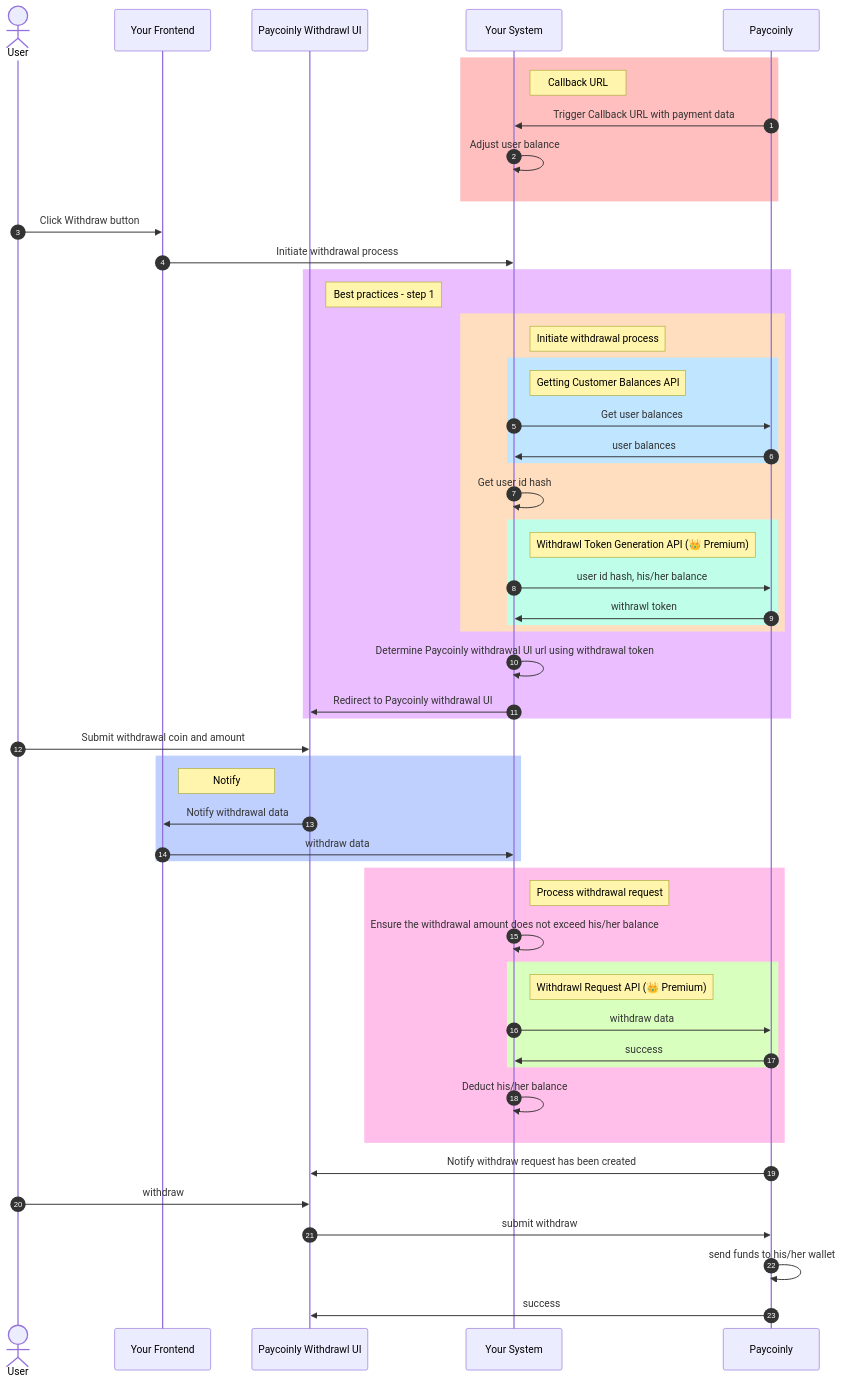
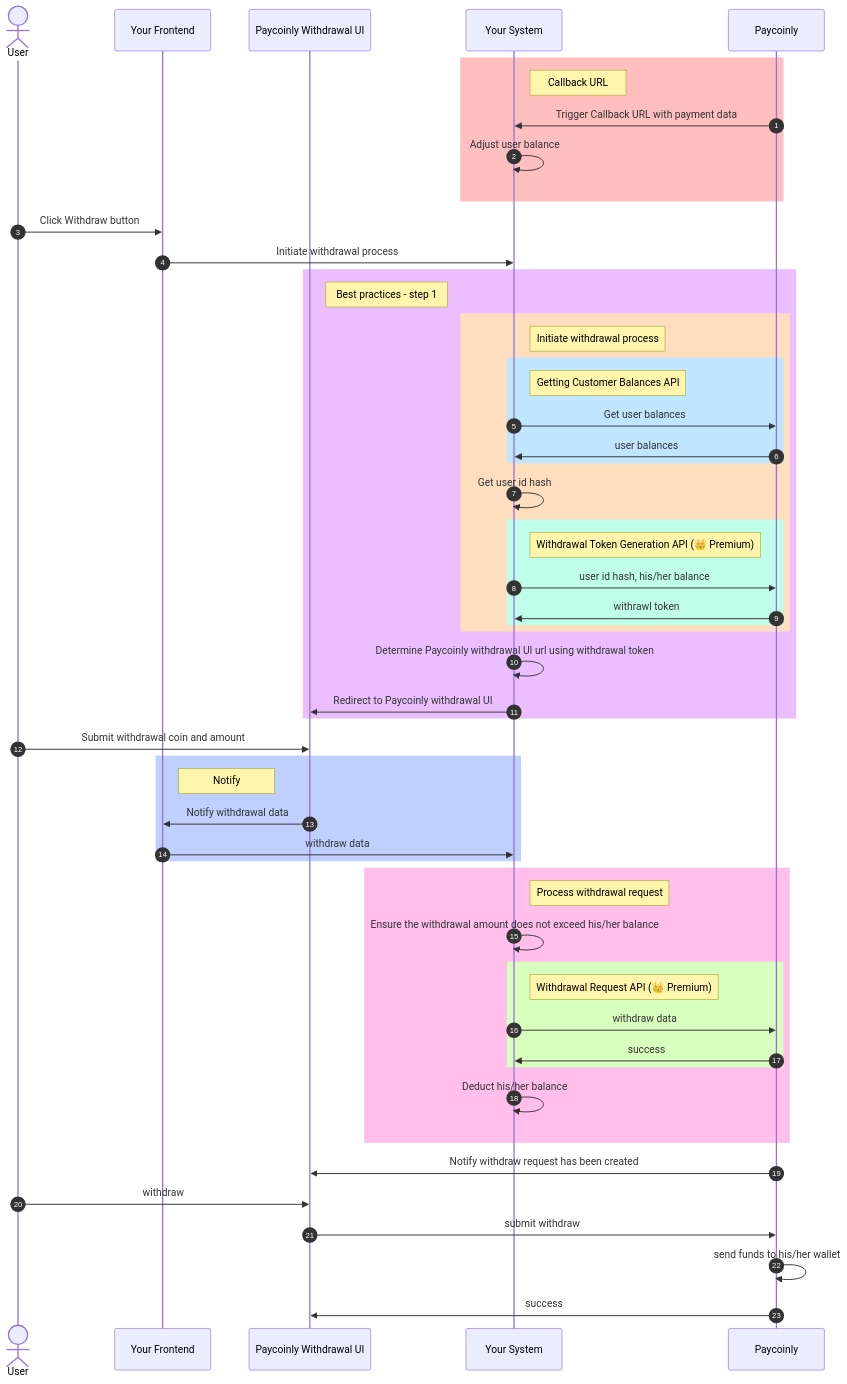
The diagram in docs/how-work/withdraw.mdx (Paycoinly-Tech/docs), drawn with Mermaid before and after one commit. The commit also changed other lines of this file and 5 other files, not shown here.

````diff
--- a/docs/how-work/withdraw.mdx
+++ b/docs/how-work/withdraw.mdx
@@ -22,74 +22,74 @@
 ```mermaid
 sequenceDiagram
   autonumber
 
   actor user as User
   participant yourFrontend as Your Frontend
-  participant paycoinlyUI as Paycoinly Withdrawl UI
+  participant paycoinlyUI as Paycoinly Withdrawal UI
   participant backend as Your System
   participant paycoinly as Paycoinly
   
   rect rgb(255, 191, 191)
   note right of backend: Callback URL
 
   paycoinly->>backend: Trigger Callback URL with payment data
   backend->>backend: Adjust user balance
 
   end
 
   user->>yourFrontend: Click Withdraw button
   yourFrontend->>backend: Initiate withdrawal process
 
   rect rgb(235, 191, 255)
   note right of paycoinlyUI: Best practices - step 1
 
   rect rgb(255, 222, 191)
   note right of backend: Initiate withdrawal process
 
   rect rgb(191, 229, 255)
   note right of backend: Getting Customer Balances API
   backend->>paycoinly: Get user balances
   paycoinly->>backend: user balances
   end
 
   backend->>backend: Get user id hash
 
   rect rgb(191, 255, 234)
-  note right of backend: Withdrawl Token Generation API (👑 Premium)
+  note right of backend: Withdrawal Token Generation API (👑 Premium)
   backend->>paycoinly: user id hash, his/her balance
   paycoinly->>backend: withrawl token
   end
   end
 
   backend->>backend: Determine Paycoinly withdrawal UI url using withdrawal token
 
   backend->>paycoinlyUI: Redirect to Paycoinly withdrawal UI
   end
 
   user->>paycoinlyUI: Submit withdrawal coin and amount
 
   rect rgb(191, 208, 255)
   note right of yourFrontend: Notify
   paycoinlyUI->>yourFrontend: Notify withdrawal data
   yourFrontend->>backend: withdraw data
   end
 
   rect rgb(255, 191, 234)
   note right of backend: Process withdrawal request
   backend->>backend: Ensure the withdrawal amount does not exceed his/her balance
 
   rect rgb(217, 255, 191)
-  note right of backend: Withdrawl Request API (👑 Premium)
+  note right of backend: Withdrawal Request API (👑 Premium)
   backend->>paycoinly: withdraw data
   paycoinly->>backend: success
   end
 
   backend->>backend: Deduct his/her balance
   end
 
   paycoinly->>paycoinlyUI: Notify withdraw request has been created
   user->>paycoinlyUI: withdraw
   paycoinlyUI->>paycoinly: submit withdraw
   paycoinly->>paycoinly: send funds to his/her wallet
   paycoinly->>paycoinlyUI: success
 ```
````
